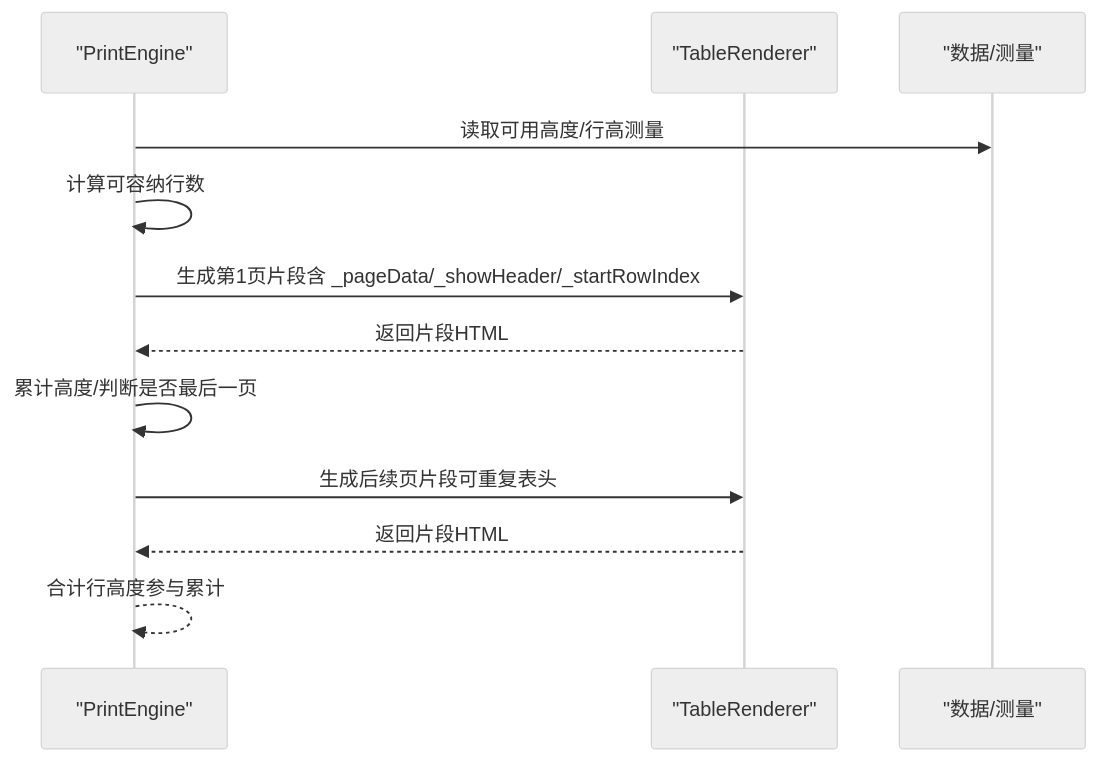
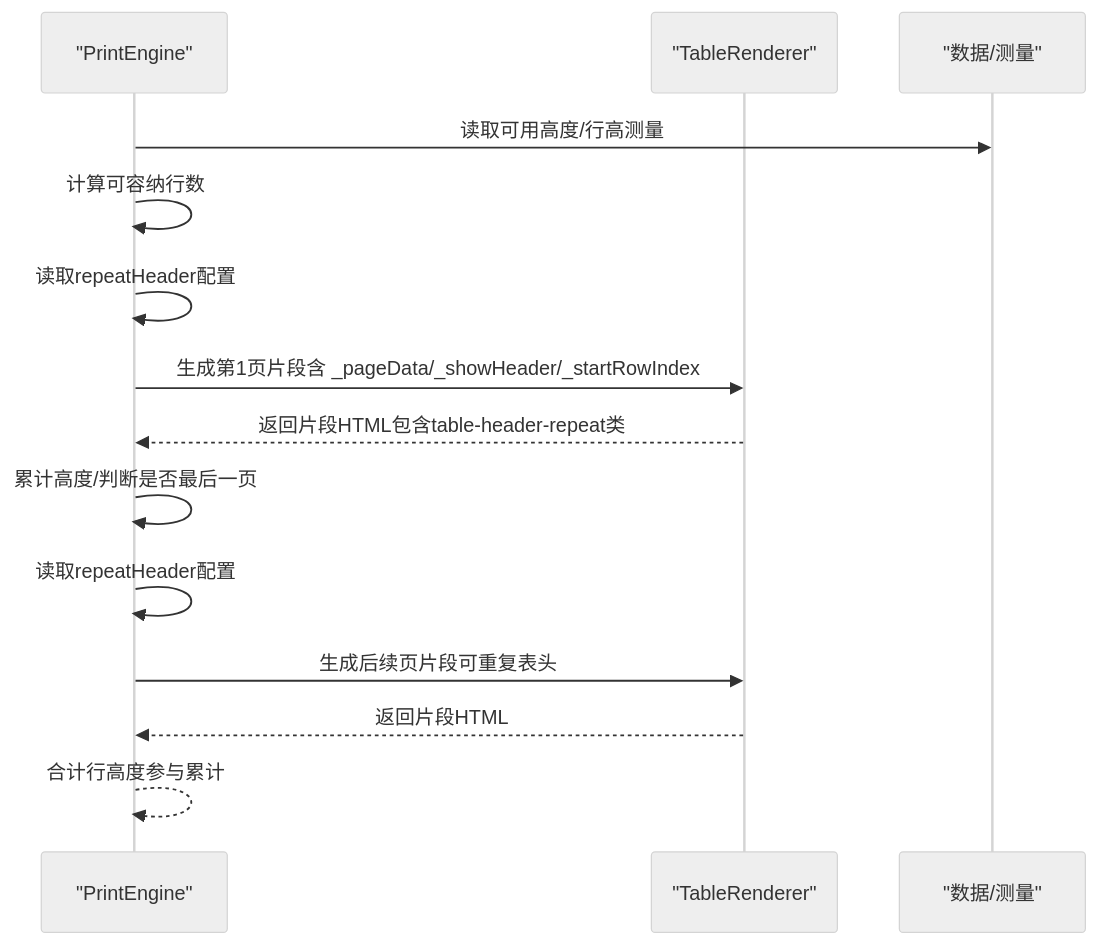
Before and after one commit to joker-yjc/printer: the fourth of 5 diagrams in .qoder/repowiki/zh/content/项目概述/核心特性/组件库系统/表格组件.md, drawn with Mermaid (neutral theme). The commit also changed other lines of this file and 61 other files, not shown here.

````diff
--- a/.qoder/repowiki/zh/content/项目概述/核心特性/组件库系统/表格组件.md
+++ b/.qoder/repowiki/zh/content/项目概述/核心特性/组件库系统/表格组件.md
@@ -238,14 +263,16 @@
 ```mermaid
 sequenceDiagram
 participant E as "PrintEngine"
 participant T as "TableRenderer"
 participant D as "数据/测量"
 E->>D : 读取可用高度/行高测量
 E->>E : 计算可容纳行数
+E->>E : 读取repeatHeader配置
 E->>T : 生成第1页片段含 _pageData/_showHeader/_startRowIndex
-T-->>E : 返回片段HTML
+T-->>E : 返回片段HTML包含table-header-repeat类
 E->>E : 累计高度/判断是否最后一页
+E->>E : 读取repeatHeader配置
 E->>T : 生成后续页片段可重复表头
 T-->>E : 返回片段HTML
 E-->>E : 合计行高度参与累计
 ```
````
